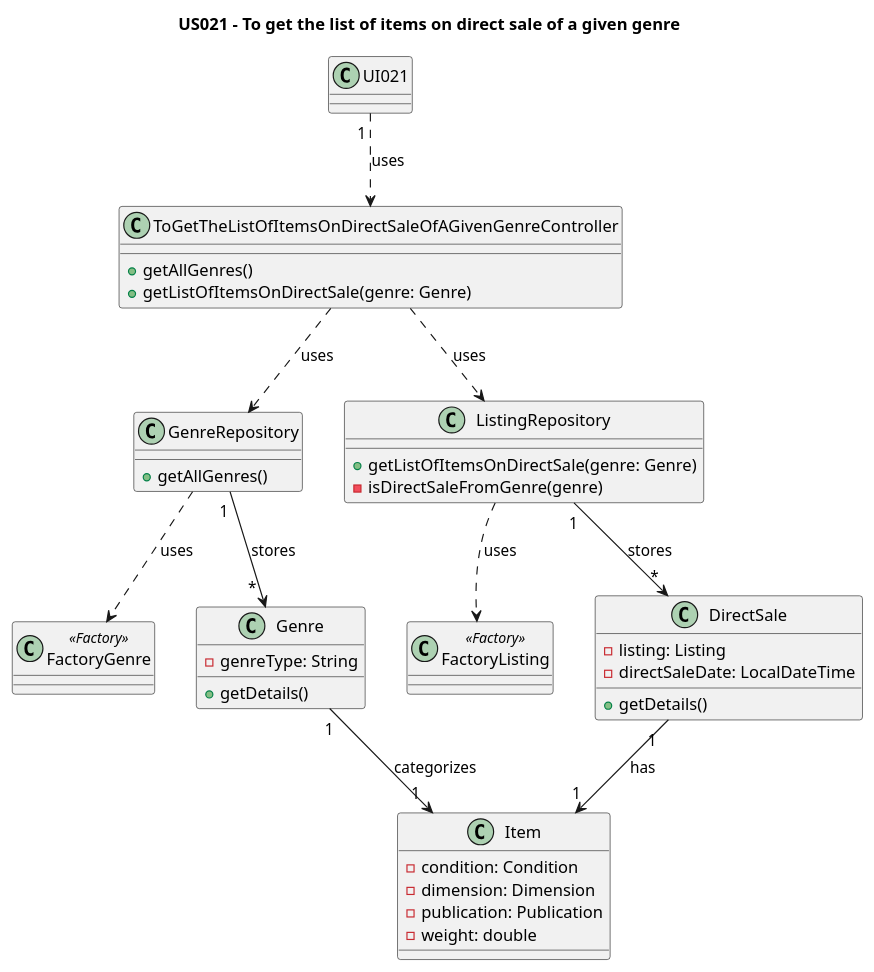
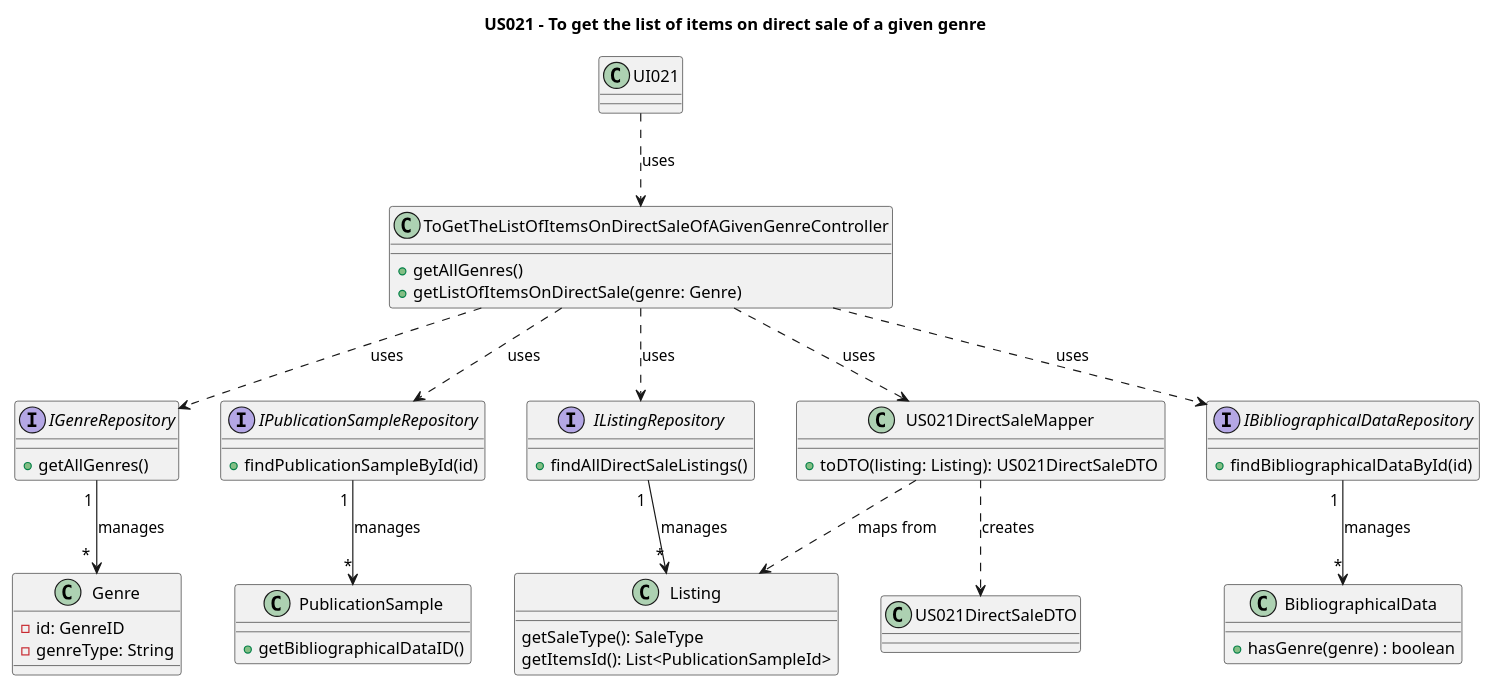
Before and after one commit to AndrePereiraGitH/SWitCH-Project-Team_A: the diagram in Diagrams/ClassDiagrams/US021-to-get-the-list-of-items-on-direct-sale-of-a-given-genre.puml, drawn with PlantUML. The commit also changed 6 other files, not shown here.

Commit message:
Docs #544 (US021): corrections to the diagrams so they follow more closely conventions established for the project

```diff
--- a/Diagrams/ClassDiagrams/US021-to-get-the-list-of-items-on-direct-sale-of-a-given-genre.puml
+++ b/Diagrams/ClassDiagrams/US021-to-get-the-list-of-items-on-direct-sale-of-a-given-genre.puml
@@ -1,60 +1,81 @@
 @startuml
 title US021 - To get the list of items on direct sale of a given genre
 
 class UI021 {
 
 }
 
 class ToGetTheListOfItemsOnDirectSaleOfAGivenGenreController {
   +getAllGenres()
   +getListOfItemsOnDirectSale(genre: Genre)
 }
 
-class GenreRepository {
+interface IGenreRepository {
   +getAllGenres()
 }
 
-class FactoryGenre  <<Factory>> {
-}
-
-class FactoryListing <<Factory>> {
+class Genre {
+   - id: GenreID
+    -genreType: String
 }
 
 
-class Genre {
-    -genreType: String
-    +getDetails()
+
+
+interface IListingRepository {
+  + findAllDirectSaleListings()
 }
 
-class ListingRepository {
-  +getListOfItemsOnDirectSale(genre: Genre)
-  -isDirectSaleFromGenre(genre)
+
+class Listing {
+  getSaleType(): SaleType
+  getItemsId(): List<PublicationSampleId>
 }
 
-class DirectSale {
-  - listing: Listing
-  - directSaleDate: LocalDateTime
-  +getDetails()
+interface "IPublicationSampleRepository" as IPSR {
+    + findPublicationSampleById(id)
 }
 
-class Item{
--condition: Condition
--dimension: Dimension
--publication: Publication
--weight: double
+
+class "PublicationSample" as PS {
+    + getBibliographicalDataID()
 }
 
+
+interface "IBibliographicalDataRepository" as IBDR {
+    + findBibliographicalDataById(id)
+}
+
+class "BibliographicalData" as BD {
+    + hasGenre(genre) : boolean
+}
+
+class "US021DirectSaleMapper" as Mapper {
+    + toDTO(listing: Listing): US021DirectSaleDTO
+}
+
+
+class "US021DirectSaleDTO" as DTO {
+
+}
+
+
+
+
 ' Interactions
-UI021 "1 " ..>  ToGetTheListOfItemsOnDirectSaleOfAGivenGenreController : uses
-ToGetTheListOfItemsOnDirectSaleOfAGivenGenreController  ..> ListingRepository : uses
-ToGetTheListOfItemsOnDirectSaleOfAGivenGenreController  ..> GenreRepository : uses
+UI021 ..> ToGetTheListOfItemsOnDirectSaleOfAGivenGenreController : uses
+ToGetTheListOfItemsOnDirectSaleOfAGivenGenreController  ..> IGenreRepository : uses
+ToGetTheListOfItemsOnDirectSaleOfAGivenGenreController ..> IPSR : uses
+ToGetTheListOfItemsOnDirectSaleOfAGivenGenreController ..> IBDR : uses
+ToGetTheListOfItemsOnDirectSaleOfAGivenGenreController  ..> IListingRepository : uses
+ToGetTheListOfItemsOnDirectSaleOfAGivenGenreController ..> Mapper : uses
 
-GenreRepository ..>  FactoryGenre : uses
-GenreRepository "1 " --> "                   *" Genre : stores
+IGenreRepository "1 " --> "                   *" Genre : manages
+IPSR  "1 "-->  "*" PS : manages
+IBDR  "1 " -->  "*" BD : manages
+IListingRepository "1 " --> "*" Listing : manages
 
-ListingRepository ..> FactoryListing : uses
+Mapper ..> Listing : maps from
+Mapper ..> DTO : creates
 
-ListingRepository "1 " --> "*" DirectSale : stores
-Genre "1 " --> "1 " Item : categorizes
-DirectSale "1 " -->  "1 " Item : has
 @enduml
```
